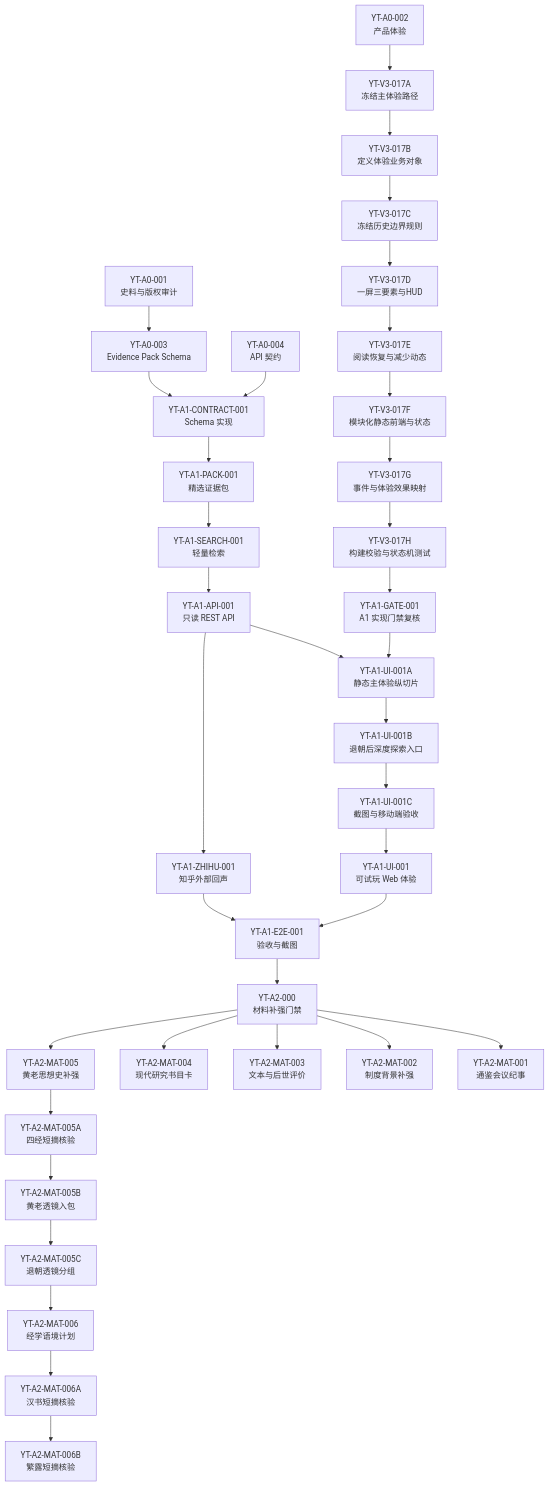
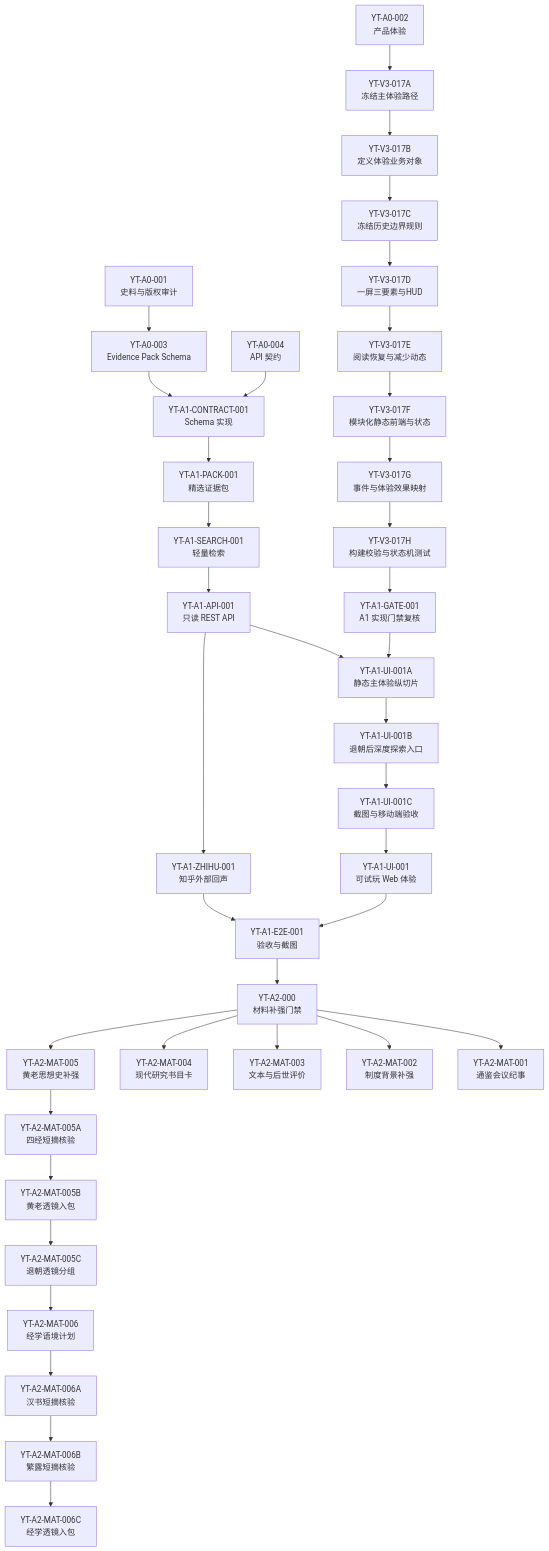
The diagram in docs/YANTIE_TASK_BREAKDOWN.md (baijianqing/yantie-history), drawn with Mermaid before and after one commit. The commit also changed other lines of this file and 6 other files, not shown here.

````diff
--- a/docs/YANTIE_TASK_BREAKDOWN.md
+++ b/docs/YANTIE_TASK_BREAKDOWN.md
@@ -24,39 +24,40 @@
 ```mermaid
 flowchart TB
     A001["YT-A0-001<br/>史料与版权审计"] --> A003["YT-A0-003<br/>Evidence Pack Schema"]
     A002["YT-A0-002<br/>产品体验"]
     A003 --> C001["YT-A1-CONTRACT-001<br/>Schema 实现"]
     A004["YT-A0-004<br/>API 契约"] --> C001
     C001 --> P001["YT-A1-PACK-001<br/>精选证据包"]
     P001 --> S001["YT-A1-SEARCH-001<br/>轻量检索"]
     S001 --> API001["YT-A1-API-001<br/>只读 REST API"]
     API001 --> UI001A["YT-A1-UI-001A<br/>静态主体验纵切片"]
     UI001A --> UI001B["YT-A1-UI-001B<br/>退朝后深度探索入口"]
     UI001B --> UI001C["YT-A1-UI-001C<br/>截图与移动端验收"]
     UI001C --> UI001["YT-A1-UI-001<br/>可试玩 Web 体验"]
     API001 --> ZH001["YT-A1-ZHIHU-001<br/>知乎外部回声"]
     UI001 --> E2E001["YT-A1-E2E-001<br/>验收与截图"]
     ZH001 --> E2E001
     E2E001 --> A2000["YT-A2-000<br/>材料补强门禁"]
     A2000 --> A2MAT001["YT-A2-MAT-001<br/>通鉴会议纪事"]
     A2000 --> A2MAT002["YT-A2-MAT-002<br/>制度背景补强"]
     A2000 --> A2MAT003["YT-A2-MAT-003<br/>文本与后世评价"]
     A2000 --> A2MAT004["YT-A2-MAT-004<br/>现代研究书目卡"]
     A2000 --> A2MAT005["YT-A2-MAT-005<br/>黄老思想史补强"]
     A2MAT005 --> A2MAT005A["YT-A2-MAT-005A<br/>四经短摘核验"]
     A2MAT005A --> A2MAT005B["YT-A2-MAT-005B<br/>黄老透镜入包"]
     A2MAT005B --> A2MAT005C["YT-A2-MAT-005C<br/>退朝透镜分组"]
     A2MAT005C --> A2MAT006["YT-A2-MAT-006<br/>经学语境计划"]
     A2MAT006 --> A2MAT006A["YT-A2-MAT-006A<br/>汉书短摘核验"]
     A2MAT006A --> A2MAT006B["YT-A2-MAT-006B<br/>繁露短摘核验"]
+    A2MAT006B --> A2MAT006C["YT-A2-MAT-006C<br/>经学透镜入包"]
     A002 --> V3017A["YT-V3-017A<br/>冻结主体验路径"]
     V3017A --> V3017B["YT-V3-017B<br/>定义体验业务对象"]
     V3017B --> V3017C["YT-V3-017C<br/>冻结历史边界规则"]
     V3017C --> V3017D["YT-V3-017D<br/>一屏三要素与HUD"]
     V3017D --> V3017E["YT-V3-017E<br/>阅读恢复与减少动态"]
     V3017E --> V3017F["YT-V3-017F<br/>模块化静态前端与状态"]
     V3017F --> V3017G["YT-V3-017G<br/>事件与体验效果映射"]
     V3017G --> V3017H["YT-V3-017H<br/>构建校验与状态机测试"]
     V3017H --> GATE001["YT-A1-GATE-001<br/>A1 实现门禁复核"]
     GATE001 --> UI001A
 ```
````
